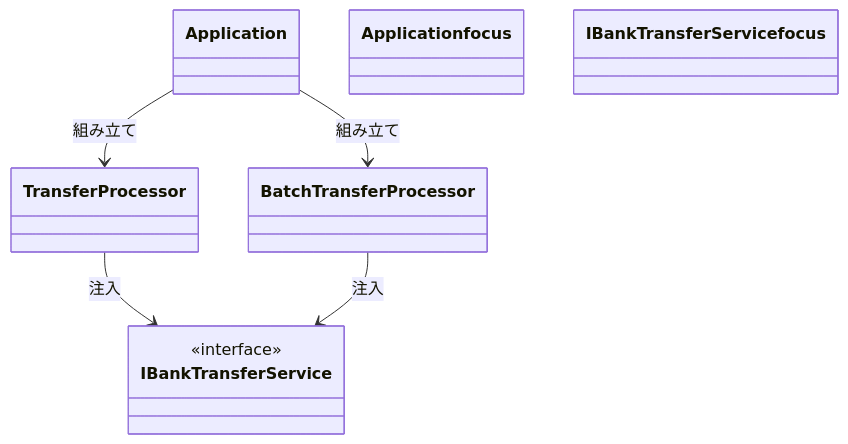
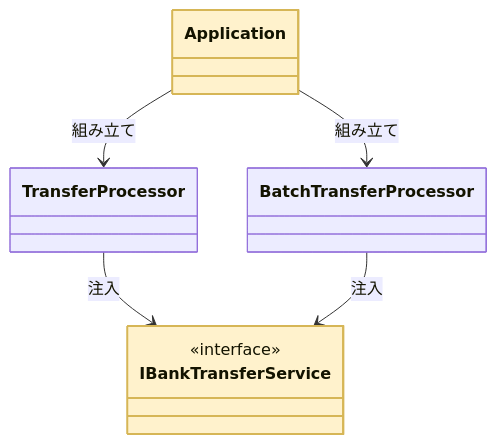
One commit to kumachan1101-pixel/DesignPattern changed the eighth of 17 diagrams in kindle/design-patterns/output/chapter02.md. Above: the diagram before and after it, drawn with Mermaid. The commit also changed other lines of this file and 15 other files, not shown here.

First line of the commit message:
全章classDiagram: phantom浮きクラスを生む着色構文 class X focus を :::focus へ修正（103箇所）

````diff
--- a/kindle/design-patterns/output/chapter02.md
+++ b/kindle/design-patterns/output/chapter02.md
@@ -1265,14 +1265,14 @@
 ```mermaid
 classDiagram
     class Application
     class TransferProcessor
     class BatchTransferProcessor
     class IBankTransferService { <<interface>> }
     Application --> TransferProcessor : 組み立て
     Application --> BatchTransferProcessor : 組み立て
     TransferProcessor --> IBankTransferService : 注入
     BatchTransferProcessor --> IBankTransferService : 注入
-    class Application focus
-    class IBankTransferService focus
+    class Application:::focus
+    class IBankTransferService:::focus
     classDef focus fill:#FFF2CC,stroke:#D6B656,stroke-width:2px
 ```
````
